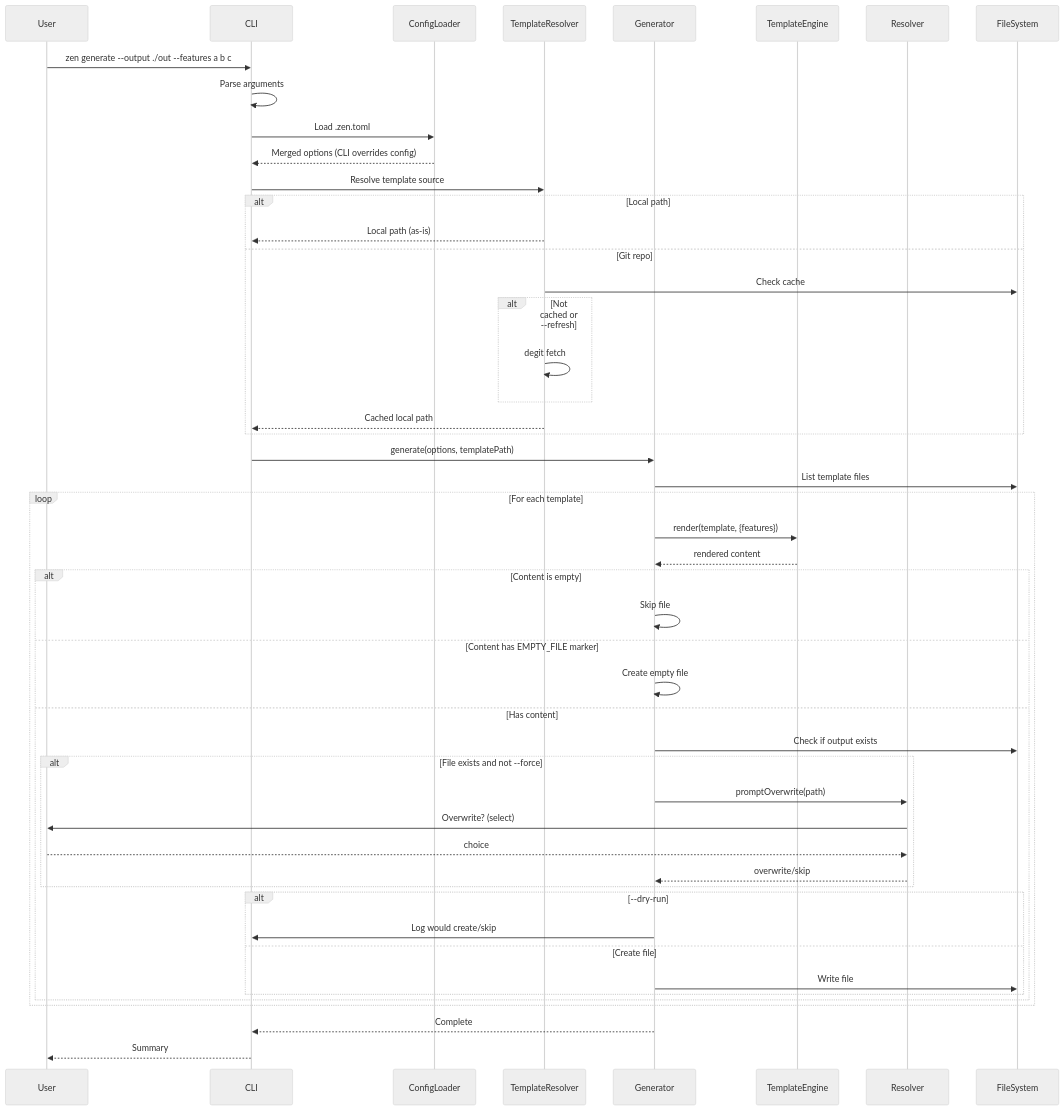
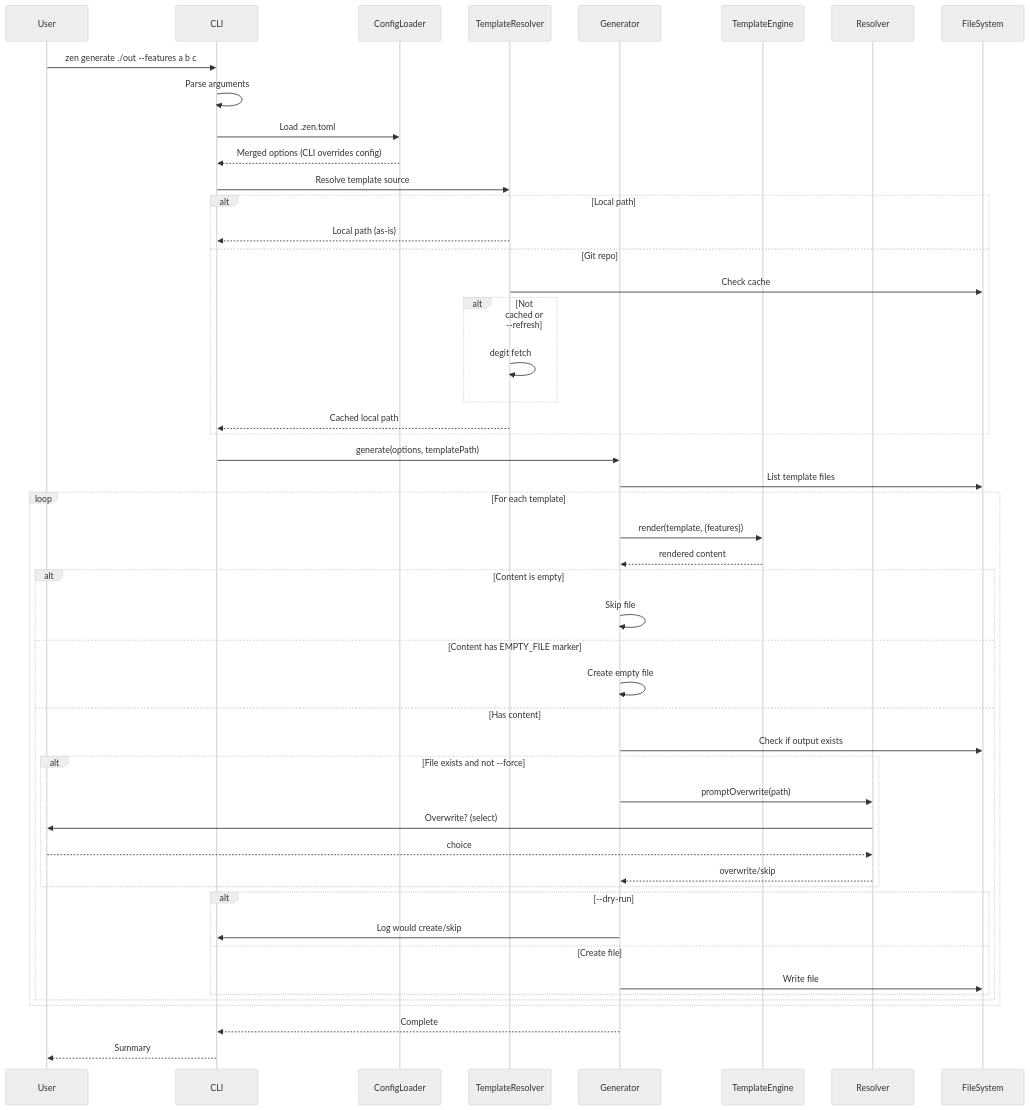
Before and after one commit to ncoderz/awa: the second of 3 diagrams in .zen/specs/ARCHITECTURE.md, drawn with Mermaid (neutral theme). The commit also changed other lines of this file and 23 other files, not shown here.

````diff
--- a/.zen/specs/ARCHITECTURE.md
+++ b/.zen/specs/ARCHITECTURE.md
@@ -279,55 +281,55 @@
 ```mermaid
 sequenceDiagram
     participant User
     participant CLI
     participant ConfigLoader
     participant TemplateResolver
     participant Generator
     participant TemplateEngine
     participant Resolver
     participant FileSystem
 
-    User->>CLI: zen generate --output ./out --features a b c
+    User->>CLI: zen generate ./out --features a b c
     CLI->>CLI: Parse arguments
     CLI->>ConfigLoader: Load .zen.toml
     ConfigLoader-->>CLI: Merged options (CLI overrides config)
     CLI->>TemplateResolver: Resolve template source
     alt Local path
         TemplateResolver-->>CLI: Local path (as-is)
     else Git repo
         TemplateResolver->>FileSystem: Check cache
         alt Not cached or --refresh
             TemplateResolver->>TemplateResolver: degit fetch
         end
         TemplateResolver-->>CLI: Cached local path
     end
     CLI->>Generator: generate(options, templatePath)
     Generator->>FileSystem: List template files
 
     loop For each template
         Generator->>TemplateEngine: render(template, {features})
         TemplateEngine-->>Generator: rendered content
 
         alt Content is empty
             Generator->>Generator: Skip file
         else Content has EMPTY_FILE marker
             Generator->>Generator: Create empty file
         else Has content
             Generator->>FileSystem: Check if output exists
             alt File exists and not --force
                 Generator->>Resolver: promptOverwrite(path)
                 Resolver->>User: Overwrite? (select)
                 User-->>Resolver: choice
                 Resolver-->>Generator: overwrite/skip
             end
             alt --dry-run
                 Generator->>CLI: Log would create/skip
             else Create file
                 Generator->>FileSystem: Write file
             end
         end
     end
 
     Generator-->>CLI: Complete
     CLI-->>User: Summary
 ```
````
